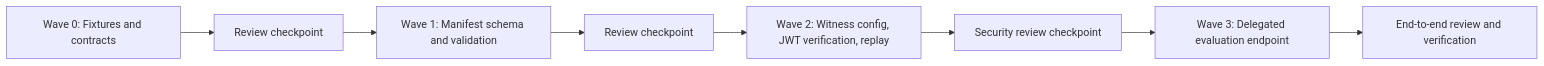
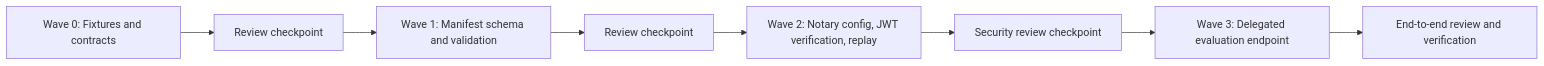
One commit to registrystack/registry-stack changed the fifth of 5 diagrams in imports/registry-notary/docs/federated-evaluation-mvp-spec.md. Above: the diagram before and after it, drawn with Mermaid. The commit also changed other lines of this file and 161 other files, not shown here.

Commit message:
Rename Registry Witness to Registry Notary (#40)

````diff
--- a/imports/registry-notary/docs/federated-evaluation-mvp-spec.md
+++ b/imports/registry-notary/docs/federated-evaluation-mvp-spec.md
@@ -571,13 +567,13 @@
 ```mermaid
 flowchart LR
   W0["Wave 0: Fixtures and contracts"]
   R0["Review checkpoint"]
   W1["Wave 1: Manifest schema and validation"]
   R1["Review checkpoint"]
-  W2["Wave 2: Witness config, JWT verification, replay"]
+  W2["Wave 2: Notary config, JWT verification, replay"]
   R2["Security review checkpoint"]
   W3["Wave 3: Delegated evaluation endpoint"]
   R3["End-to-end review and verification"]
 
   W0 --> R0 --> W1 --> R1 --> W2 --> R2 --> W3 --> R3
 ```
````
